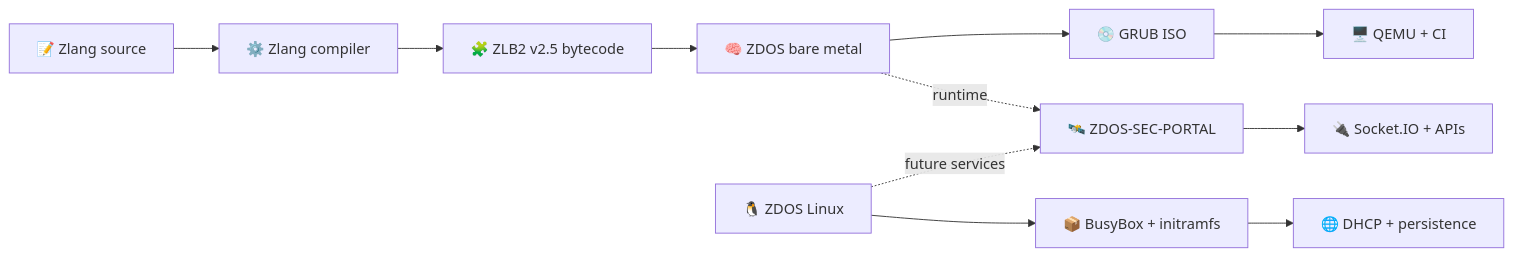
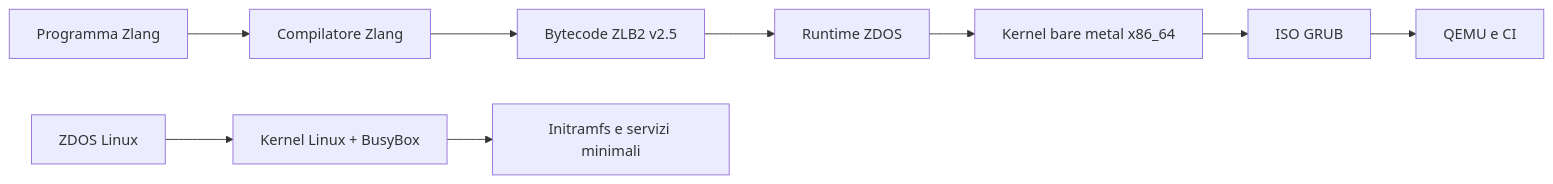
One commit to high-cde/ZDOS changed the diagram in README.md. Above: the diagram before and after it, drawn with Mermaid. The commit also changed other lines of this file, not shown here.

````diff
--- a/README.md
+++ b/README.md
@@ -16,13 +27,11 @@
 ```mermaid
 flowchart LR
-    A[📝 Zlang source] --> B[⚙️ Zlang compiler]
-    B --> C[🧩 ZLB2 v2.5 bytecode]
-    C --> D[🧠 ZDOS bare metal]
-    D --> E[💿 GRUB ISO]
-    E --> F[🖥️ QEMU + CI]
-    G[🐧 ZDOS Linux] --> H[📦 BusyBox + initramfs]
-    H --> I[🌐 DHCP + persistence]
-    J[🛰️ ZDOS-SEC-PORTAL] --> K[🔌 Socket.IO + APIs]
-    D -. runtime .-> J
-    G -. future services .-> J
+    A[Programma Zlang] --> B[Compilatore Zlang]
+    B --> C[Bytecode ZLB2 v2.5]
+    C --> D[Runtime ZDOS]
+    D --> E[Kernel bare metal x86_64]
+    E --> F[ISO GRUB]
+    F --> G[QEMU e CI]
+    H[ZDOS Linux] --> I[Kernel Linux + BusyBox]
+    I --> J[Initramfs e servizi minimali]
 ```
````
